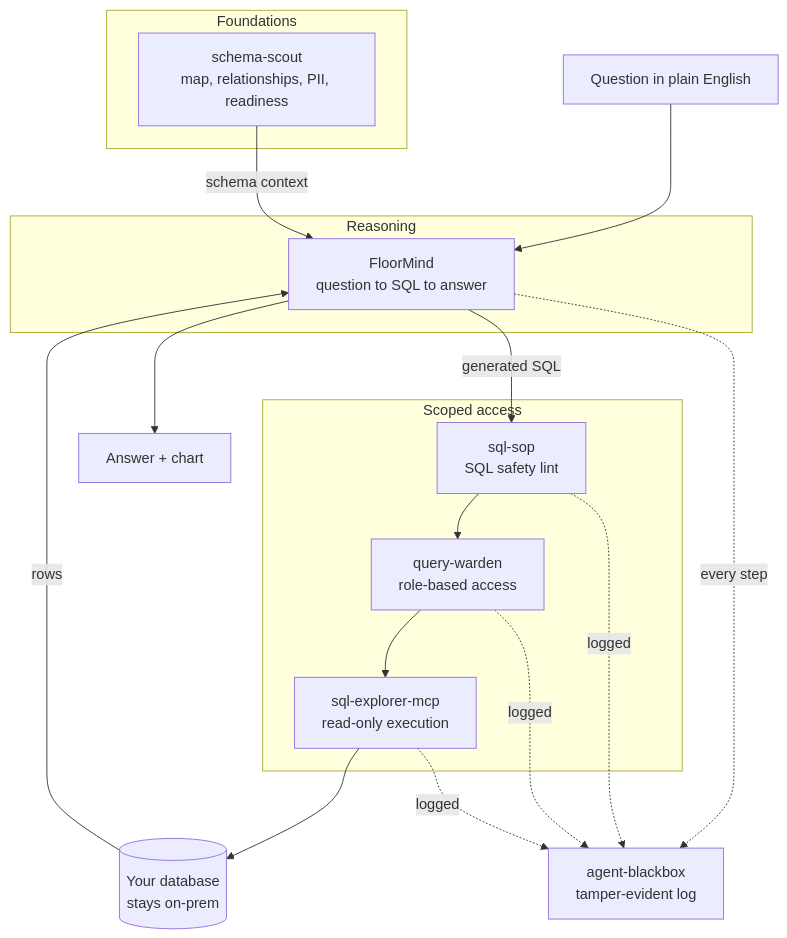
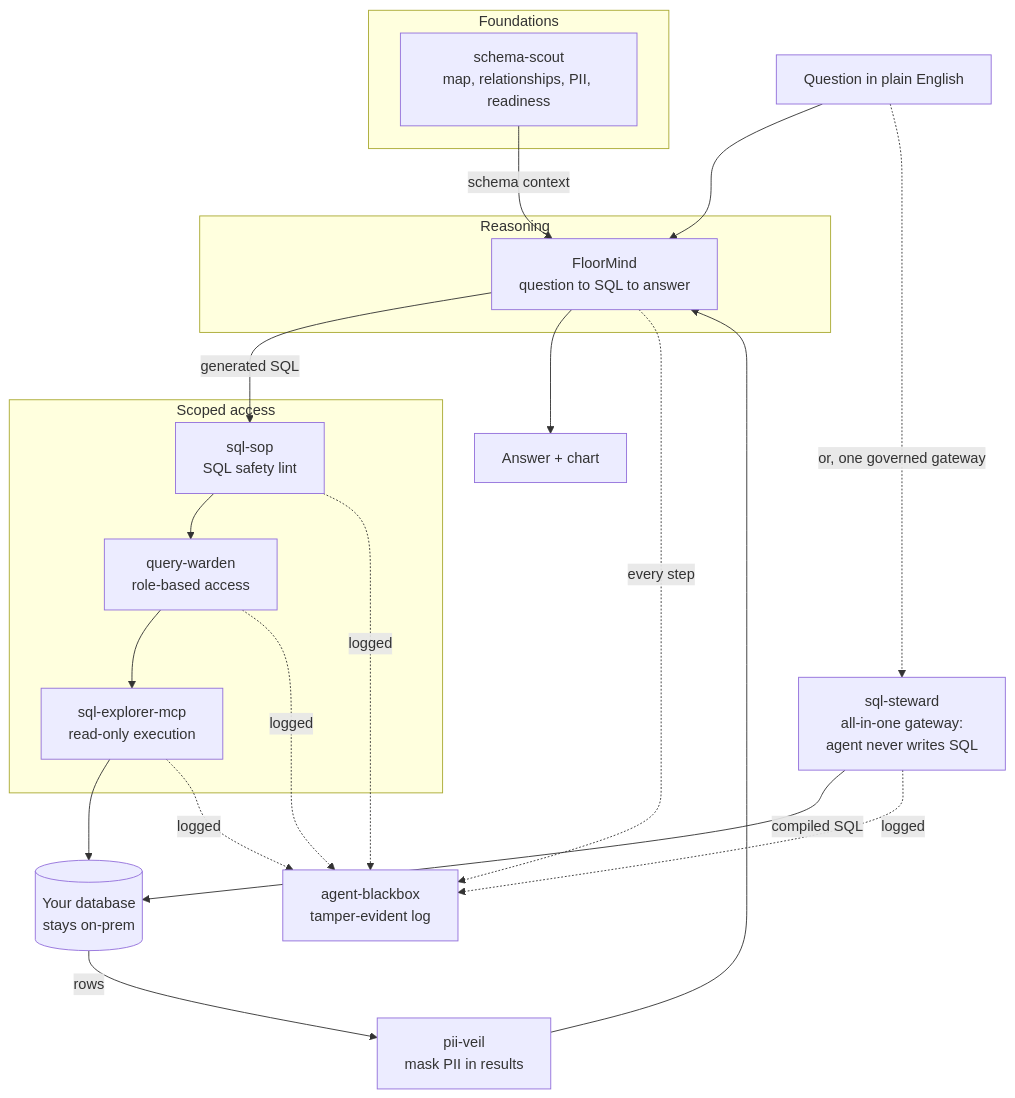
The diagram in README.md (Pawansingh3889/governed-agent-stack), drawn with Mermaid before and after one commit. The commit also changed other lines of this file, not shown here.

Commit message:
Add sql-steward as the flagship and pii-veil as the result-masking layer

````diff
--- a/README.md
+++ b/README.md
@@ -22,31 +29,37 @@
 ```mermaid
 flowchart TB
     Q["Question in plain English"] --> AG
 
     subgraph Foundations
         SS["schema-scout<br/>map, relationships, PII, readiness"]
     end
 
     subgraph Reasoning
         AG["FloorMind<br/>question to SQL to answer"]
     end
 
     subgraph Scoped_access["Scoped access"]
         SOP["sql-sop<br/>SQL safety lint"]
         WARD["query-warden<br/>role-based access"]
         EX["sql-explorer-mcp<br/>read-only execution"]
     end
 
     DB[("Your database<br/>stays on-prem")]
+    VEIL["pii-veil<br/>mask PII in results"]
     A["Answer + chart"]
     BB["agent-blackbox<br/>tamper-evident log"]
+    ST["sql-steward<br/>all-in-one gateway:<br/>agent never writes SQL"]
 
     SS -- schema context --> AG
     AG -- generated SQL --> SOP --> WARD --> EX --> DB
-    DB -- rows --> AG --> A
+    DB -- rows --> VEIL --> AG --> A
+
+    Q -. or, one governed gateway .-> ST
+    ST -- compiled SQL --> DB
 
     AG -. every step .-> BB
     SOP -. logged .-> BB
     WARD -. logged .-> BB
     EX -. logged .-> BB
+    ST -. logged .-> BB
 ```
````
